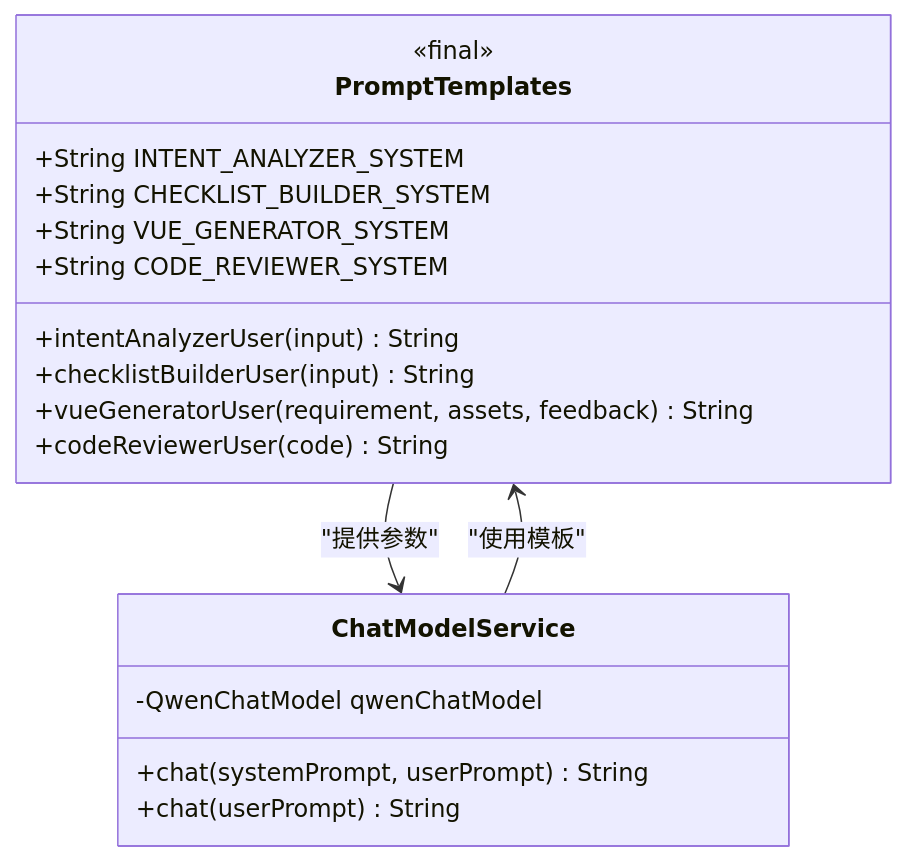
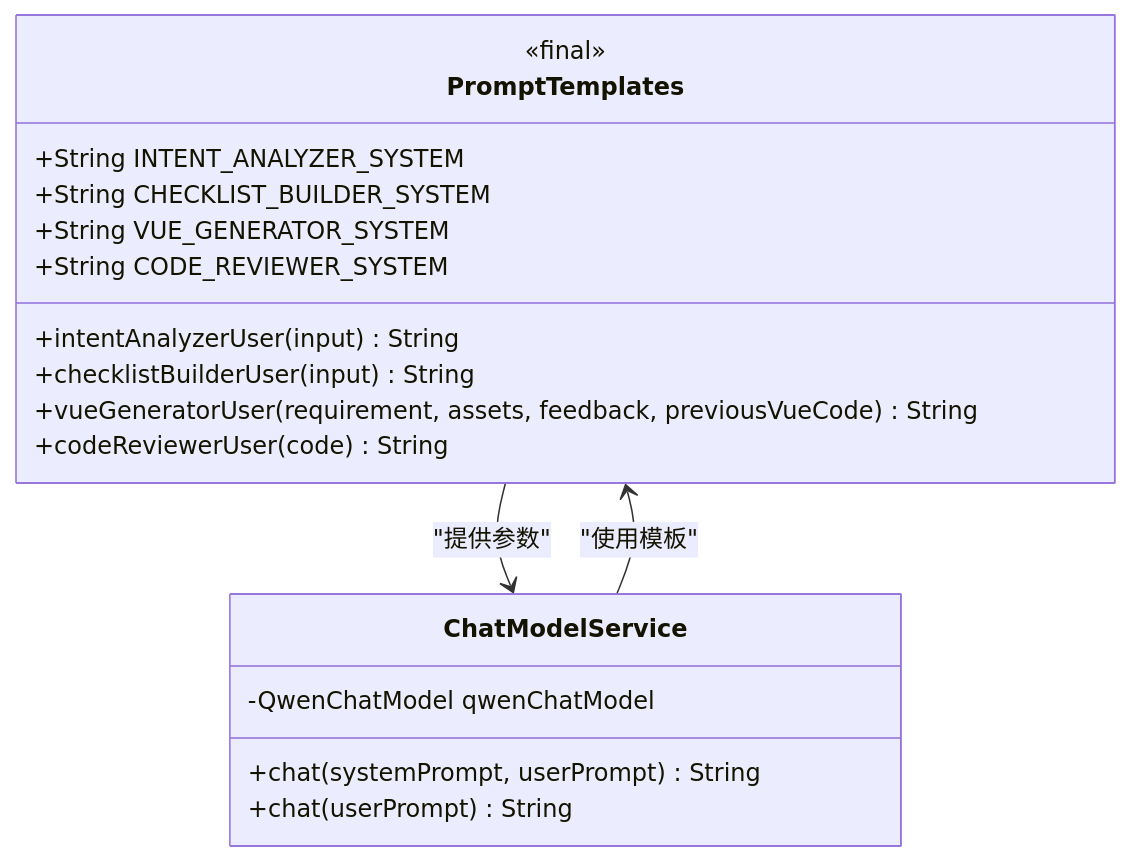
One commit to CyanYuKi/WebSiteFrontendCodeMother changed diagram 12 of 16 in .qoder/repowiki/zh/content/AI工作流系统/AI节点分析/Vue代码生成节点.md. Above: the diagram before and after it, drawn with Mermaid. The commit also changed other lines of this file and 21 other files, not shown here.

````diff
--- a/.qoder/repowiki/zh/content/AI工作流系统/AI节点分析/Vue代码生成节点.md
+++ b/.qoder/repowiki/zh/content/AI工作流系统/AI节点分析/Vue代码生成节点.md
@@ -261,21 +502,21 @@
 ```mermaid
 classDiagram
 class PromptTemplates {
 <<final>>
 +String INTENT_ANALYZER_SYSTEM
 +String CHECKLIST_BUILDER_SYSTEM
 +String VUE_GENERATOR_SYSTEM
 +String CODE_REVIEWER_SYSTEM
 +intentAnalyzerUser(input) String
 +checklistBuilderUser(input) String
-+vueGeneratorUser(requirement, assets, feedback) String
++vueGeneratorUser(requirement, assets, feedback, previousVueCode) String
 +codeReviewerUser(code) String
 }
 class ChatModelService {
 -QwenChatModel qwenChatModel
 +chat(systemPrompt, userPrompt) String
 +chat(userPrompt) String
 }
 PromptTemplates --> ChatModelService : "提供参数"
 ChatModelService --> PromptTemplates : "使用模板"
 ```
````
